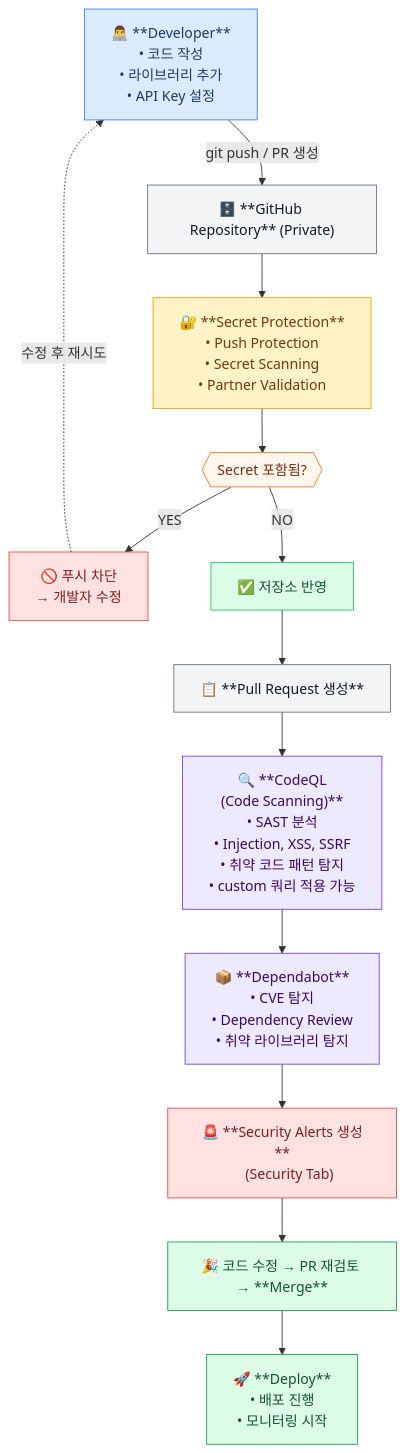
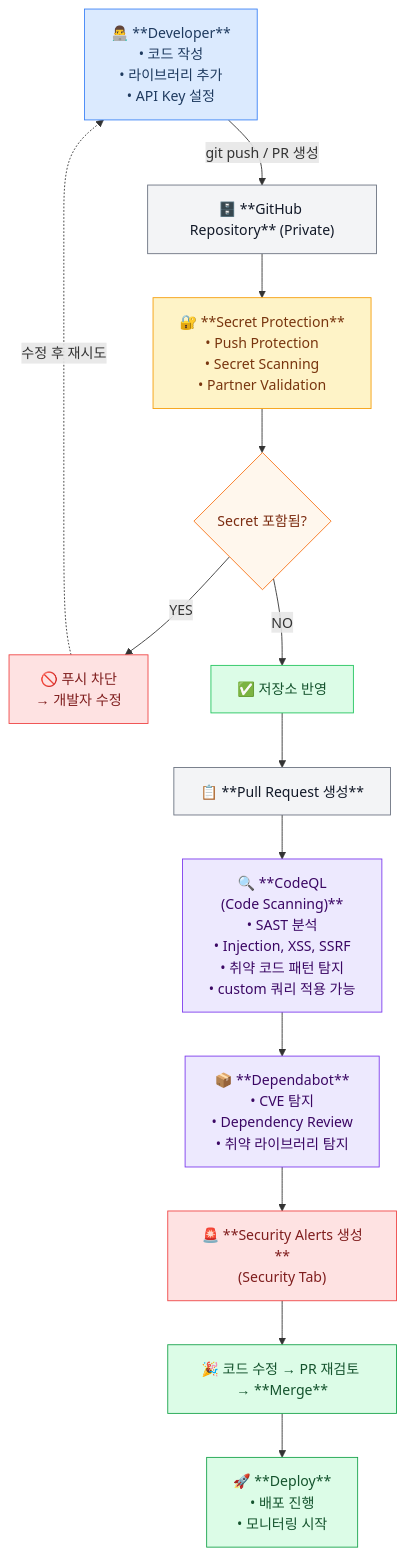
One commit to Anna-Jeong-MS/azurekorea changed the diagram in _posts/2026-04-15-GHAS-Code-Scanning.md. Above: the diagram before and after it, drawn with Mermaid. The commit also changed 5 other files, not shown here.

````diff
--- a/_posts/2026-04-15-GHAS-Code-Scanning.md
+++ b/_posts/2026-04-15-GHAS-Code-Scanning.md
@@ -301,69 +301,51 @@
 ```mermaid
 flowchart TD
-    DEV["👨‍💻 **Developer**
-    • 코드 작성
-    • 라이브러리 추가
-    • API Key 설정"]
+    DEV["👨‍💻 **Developer**<br/>• 코드 작성<br/>• 라이브러리 추가<br/>• API Key 설정"]
 
     REPO["🗄️ **GitHub Repository** (Private)"]
 
-    SP["🔐 **Secret Protection**
-    • Push Protection
-    • Secret Scanning
-    • Partner Validation"]
+    SP["🔐 **Secret Protection**<br/>• Push Protection<br/>• Secret Scanning<br/>• Partner Validation"]
 
-    DEC{{"Secret 포함됨?"}}
+    DEC{"Secret 포함됨?"}
 
-    BLOCK["🚫 푸시 차단
-    → 개발자 수정"]
+    BLOCK["🚫 푸시 차단<br/>→ 개발자 수정"]
 
     MERGED["✅ 저장소 반영"]
 
     PR["📋 **Pull Request 생성**"]
 
-    CODEQL["🔍 **CodeQL
-    (Code Scanning)**
-    • SAST 분석
-    • Injection, XSS, SSRF
-    • 취약 코드 패턴 탐지
-    • custom 쿼리 적용 가능"]
+    CODEQL["🔍 **CodeQL<br/>(Code Scanning)**<br/>• SAST 분석<br/>• Injection, XSS, SSRF<br/>• 취약 코드 패턴 탐지<br/>• custom 쿼리 적용 가능"]
 
-    DEPENDABOT["📦 **Dependabot**
-    • CVE 탐지
-    • Dependency Review
-    • 취약 라이브러리 탐지"]
+    DEPENDABOT["📦 **Dependabot**<br/>• CVE 탐지<br/>• Dependency Review<br/>• 취약 라이브러리 탐지"]
 
-    ALERTS["🚨 **Security Alerts 생성**
-    (Security Tab)"]
+    ALERTS["🚨 **Security Alerts 생성**<br/>(Security Tab)"]
 
     MERGE["🎉 코드 수정 → PR 재검토 → **Merge**"]
 
-    Deploy["🚀 **Deploy**
-    • 배포 진행
-    • 모니터링 시작"]
+    Deploy["🚀 **Deploy**<br/>• 배포 진행<br/>• 모니터링 시작"]
 
     DEV -->|"git push / PR 생성"| REPO
     REPO --> SP
     SP --> DEC
     DEC -->|"YES"| BLOCK
     BLOCK -.->|"수정 후 재시도"| DEV
     DEC -->|"NO"| MERGED
     MERGED --> PR
     PR --> CODEQL
     CODEQL --> DEPENDABOT
     DEPENDABOT --> ALERTS
     ALERTS --> MERGE
     MERGE --> Deploy
     style DEV fill:#dbeafe,stroke:#3b82f6,color:#1e3a5f
     style REPO fill:#f3f4f6,stroke:#6b7280,color:#111827
     style SP fill:#fef3c7,stroke:#f59e0b,color:#78350f
     style DEC fill:#fff7ed,stroke:#f97316,color:#7c2d12
     style BLOCK fill:#fee2e2,stroke:#ef4444,color:#7f1d1d
     style MERGED fill:#dcfce7,stroke:#22c55e,color:#14532d
     style PR fill:#f3f4f6,stroke:#6b7280,color:#111827
     style CODEQL fill:#ede9fe,stroke:#7c3aed,color:#3b0764
     style DEPENDABOT fill:#ede9fe,stroke:#7c3aed,color:#3b0764
     style ALERTS fill:#fee2e2,stroke:#ef4444,color:#7f1d1d
     style MERGE fill:#dcfce7,stroke:#16a34a,color:#14532d
     style Deploy fill:#dcfce7,stroke:#16a34a,color:#14532d
 ```
````
